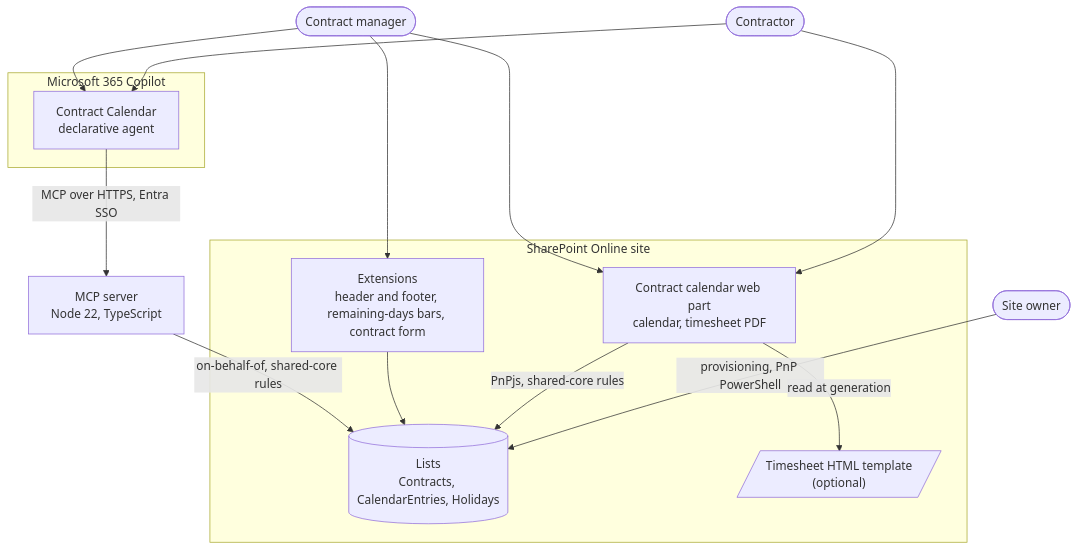
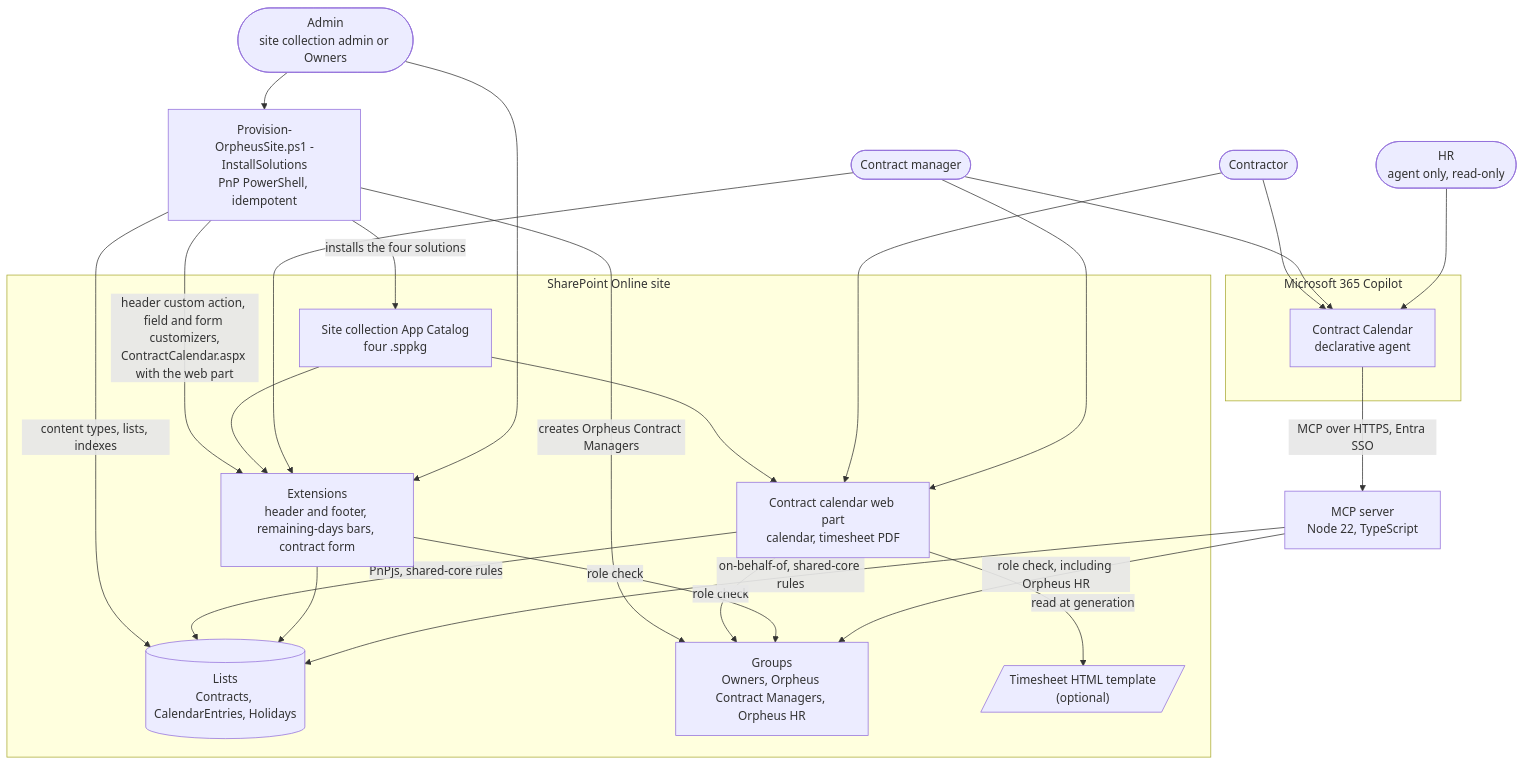
One commit to Sartor87/orpheus-systems-sharepoint changed the diagram in README.md. Above: the diagram before and after it, drawn with Mermaid. The commit also changed other lines of this file and 1 other file, not shown here.

First line of the commit message:
docs(readme): one-run deploy, roles, agent ADR statuses and the Structurizr model

````diff
--- a/README.md
+++ b/README.md
@@ -88,30 +90,46 @@
 ```mermaid
 flowchart TB
   C(["Contractor"])
   M(["Contract manager"])
-  A(["Site owner"])
+  H(["HR<br/>agent only, read-only"])
+  A(["Admin<br/>site collection admin or Owners"])
+
+  PROV["Provision-OrpheusSite.ps1 -InstallSolutions<br/>PnP PowerShell, idempotent"]
 
   subgraph SPO["SharePoint Online site"]
+    CAT["Site collection App Catalog<br/>four .sppkg"]
     WP["Contract calendar web part<br/>calendar, timesheet PDF"]
     EXT["Extensions<br/>header and footer, remaining-days bars, contract form"]
     LISTS[("Lists<br/>Contracts, CalendarEntries, Holidays")]
+    GRP["Groups<br/>Owners, Orpheus Contract Managers, Orpheus HR"]
     TPL[/"Timesheet HTML template<br/>(optional)"/]
   end
 
   subgraph AGENT["Microsoft 365 Copilot"]
     DA["Contract Calendar<br/>declarative agent"]
   end
   MCP["MCP server<br/>Node 22, TypeScript"]
 
+  A --> PROV
+  PROV -->|"content types, lists, indexes"| LISTS
+  PROV -->|"installs the four solutions"| CAT
+  PROV -->|"header custom action, field and form customizers,<br/>ContractCalendar.aspx with the web part"| EXT
+  PROV -->|"creates Orpheus Contract Managers"| GRP
+  CAT --> WP
+  CAT --> EXT
   C --> WP
   M --> WP
   M --> EXT
-  A -->|"provisioning, PnP PowerShell"| LISTS
+  A --> EXT
   WP -->|"PnPjs, shared-core rules"| LISTS
   EXT --> LISTS
+  WP -->|"role check"| GRP
+  EXT -->|"role check"| GRP
   WP -->|"read at generation"| TPL
   C --> DA
   M --> DA
+  H --> DA
   DA -->|"MCP over HTTPS, Entra SSO"| MCP
   MCP -->|"on-behalf-of, shared-core rules"| LISTS
+  MCP -->|"role check, including Orpheus HR"| GRP
 ```
````
